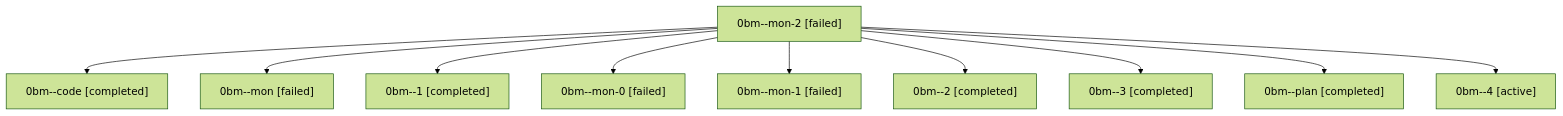
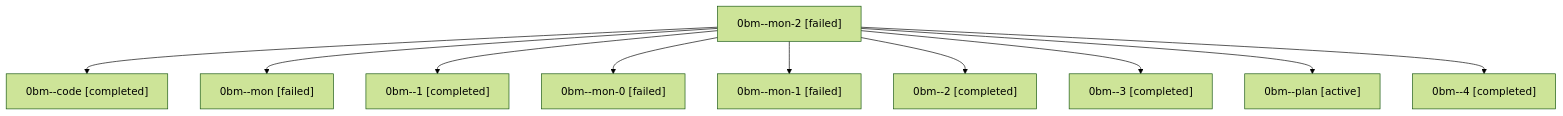
One commit to sase-org/sase--agents changed the diagram in families/bbugyi200.athena.0bm.md. Above: the diagram before and after it, drawn with Mermaid (forest theme). The commit also changed other lines of this file and 35830 other files, not shown here.

````diff
--- a/families/bbugyi200.athena.0bm.md
+++ b/families/bbugyi200.athena.0bm.md
@@ -9,22 +9,22 @@
 ```mermaid
 flowchart TD
   n0["0bm--mon-2 [failed]"]
   n1["0bm--code [completed]"]
   n0 --> n1
   n2["0bm--mon [failed]"]
   n0 --> n2
   n3["0bm--1 [completed]"]
   n0 --> n3
   n4["0bm--mon-0 [failed]"]
   n0 --> n4
   n5["0bm--mon-1 [failed]"]
   n0 --> n5
   n6["0bm--2 [completed]"]
   n0 --> n6
   n7["0bm--3 [completed]"]
   n0 --> n7
-  n8["0bm--plan [completed]"]
+  n8["0bm--plan [active]"]
   n0 --> n8
-  n9["0bm--4 [active]"]
+  n9["0bm--4 [completed]"]
   n0 --> n9
 ```
````
